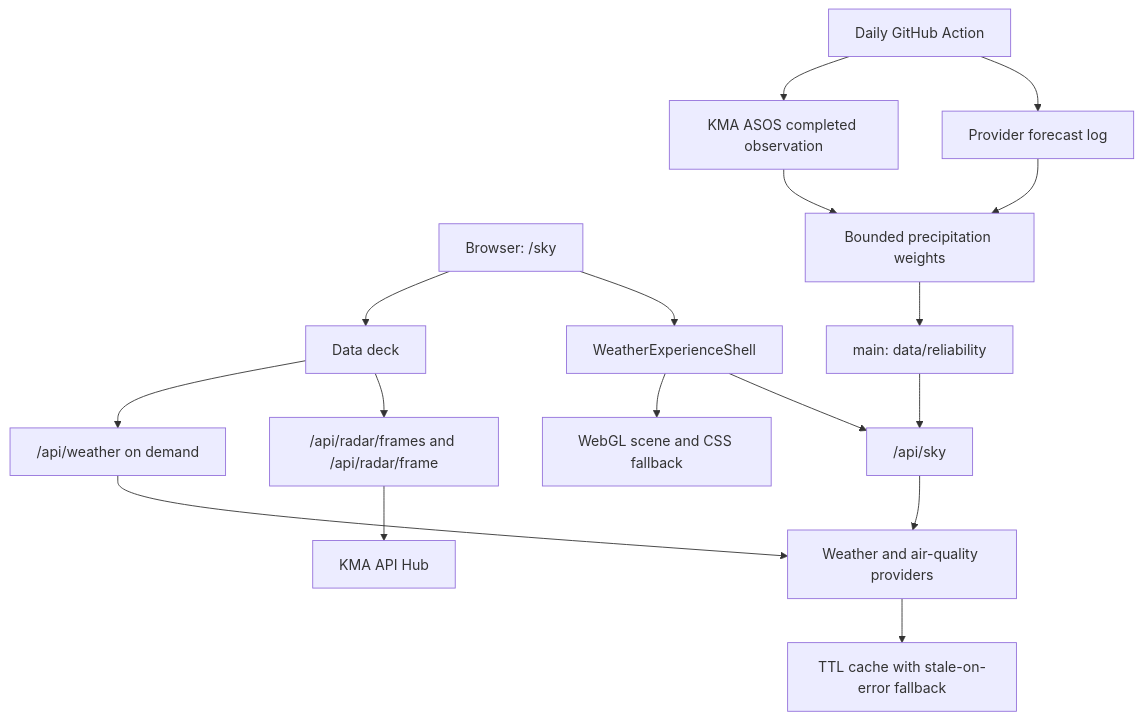
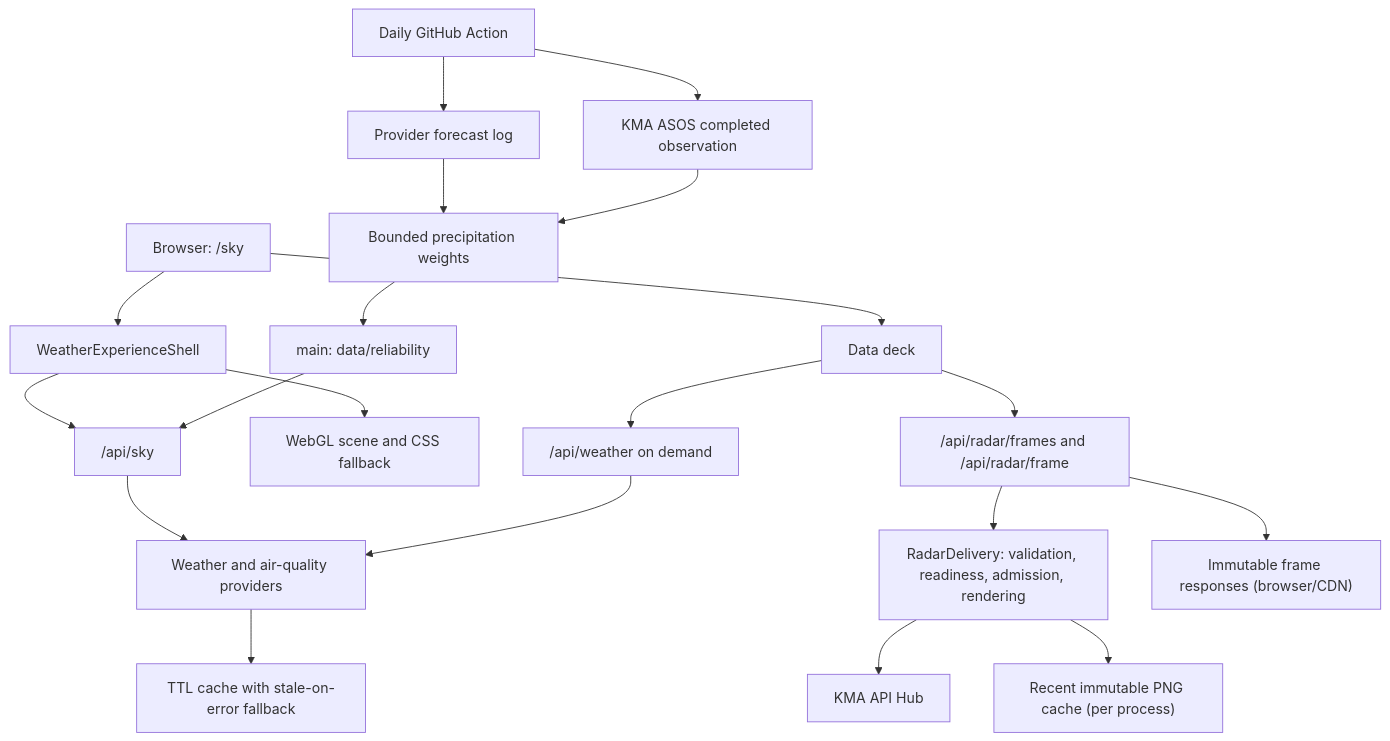
Before and after one commit to mhju0/rain-today: the diagram in README.md, drawn with Mermaid. The commit also changed other lines of this file and 5 other files, not shown here.

Commit message:
docs: describe radar delivery

````diff
--- a/README.md
+++ b/README.md
@@ -71,19 +72,22 @@
 ```mermaid
 flowchart TB
   Browser["Browser: /sky"] --> Shell["WeatherExperienceShell"]
   Shell --> SkyAPI["/api/sky"]
   Shell --> Scene["WebGL scene and CSS fallback"]
   Browser --> Deck["Data deck"]
-  Deck --> Radar["/api/radar/frames and /api/radar/frame"]
+  Deck --> RadarRoutes["/api/radar/frames and /api/radar/frame"]
   Deck --> Intelligence["/api/weather on demand"]
   SkyAPI --> Providers["Weather and air-quality providers"]
   Intelligence --> Providers
-  Radar --> KMA["KMA API Hub"]
+  RadarRoutes --> Delivery["RadarDelivery: validation, readiness, admission, rendering"]
+  Delivery --> KMA["KMA API Hub"]
+  Delivery --> RadarCache["Recent immutable PNG cache (per process)"]
+  RadarRoutes --> EdgeCache["Immutable frame responses (browser/CDN)"]
   Providers --> Cache["TTL cache with stale-on-error fallback"]
   Action["Daily GitHub Action"] --> ForecastLog["Provider forecast log"]
   Action --> KMAObservation["KMA ASOS completed observation"]
   ForecastLog --> Weights["Bounded precipitation weights"]
   KMAObservation --> Weights
   Weights --> MainState["main: data/reliability"]
   MainState --> SkyAPI
 ```
````
